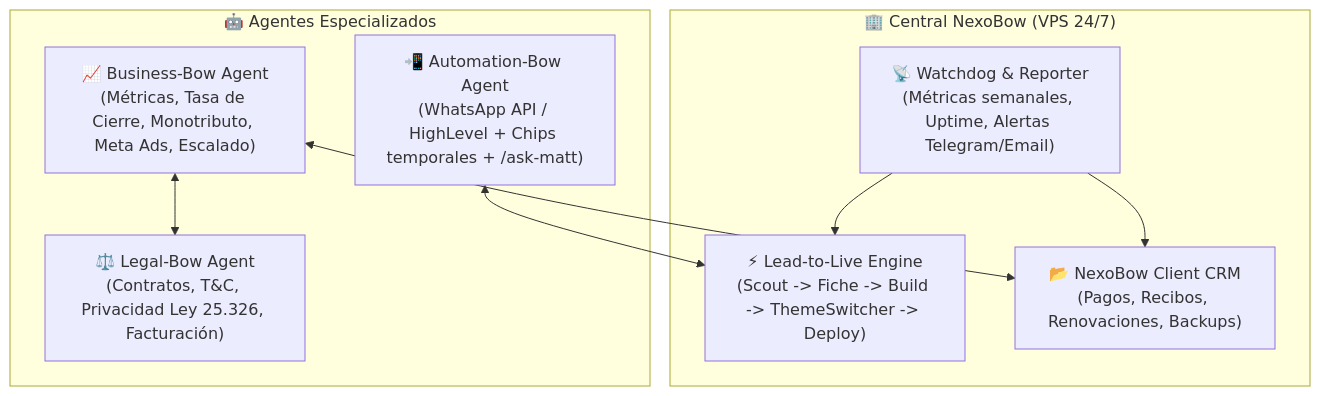
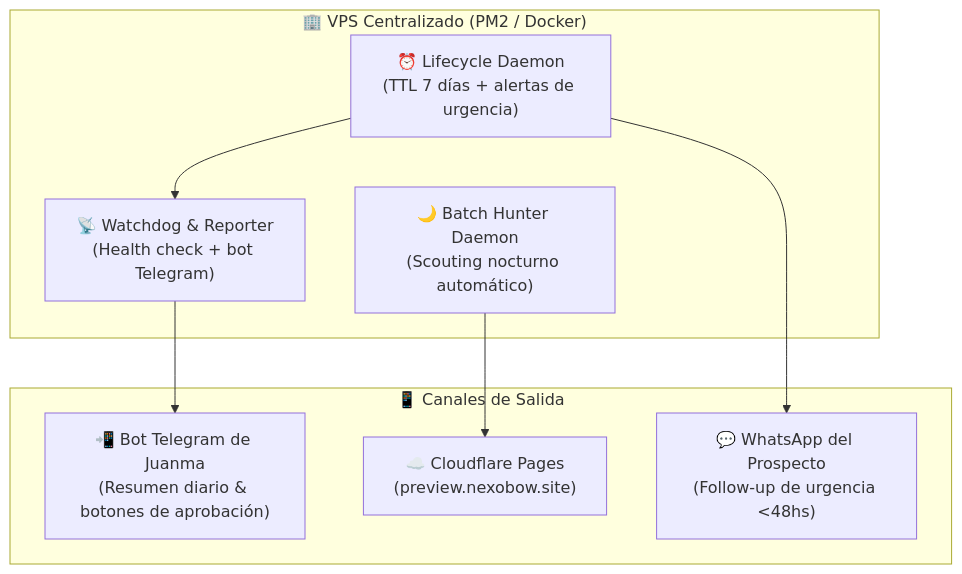
Before and after one commit to juanmamerodio/NexoBow: the second of 2 diagrams in ROUTEMAP.md, drawn with Mermaid. The commit also changed other lines of this file, not shown here.

Commit message:
docs(routemap): integrate senior engineering diagnostic, mcp strategy, and pragmatic 3-phase roadmap

````diff
--- a/ROUTEMAP.md
+++ b/ROUTEMAP.md
@@ -64,20 +161,19 @@
 ```mermaid
 flowchart TD
-    subgraph NucleoOperativo ["🏢 Central NexoBow (VPS 24/7)"]
-        LeadToLive["⚡ Lead-to-Live Engine<br/>(Scout -> Fiche -> Build -> ThemeSwitcher -> Deploy)"]
-        CRM["📂 NexoBow Client CRM<br/>(Pagos, Recibos, Renovaciones, Backups)"]
-        Watchdog["📡 Watchdog & Reporter<br/>(Métricas semanales, Uptime, Alertas Telegram/Email)"]
+    subgraph VPS247 ["🏢 VPS Centralizado (PM2 / Docker)"]
+        BatchHunter["🌙 Batch Hunter Daemon<br/>(Scouting nocturno automático)"]
+        LifecycleCron["⏰ Lifecycle Daemon<br/>(TTL 7 días + alertas de urgencia)"]
+        Watchdog["📡 Watchdog & Reporter<br/>(Health check + bot Telegram)"]
     end
 
-    subgraph AgentesEspecializados ["🤖 Agentes Especializados"]
-        BizAgent["📈 Business-Bow Agent<br/>(Métricas, Tasa de Cierre, Monotributo, Meta Ads, Escalado)"]
-        LegalAgent["⚖️ Legal-Bow Agent<br/>(Contratos, T&C, Privacidad Ley 25.326, Facturación)"]
-        AutoAgent["📲 Automation-Bow Agent<br/>(WhatsApp API / HighLevel + Chips temporales + /ask-matt)"]
+    subgraph CanalesExternos ["📱 Canales de Salida"]
+        Telegram["📲 Bot Telegram de Juanma<br/>(Resumen diario & botones de aprobación)"]
+        Cloudflare["☁️ Cloudflare Pages<br/>(preview.nexobow.site)"]
+        WhatsAppLead["💬 WhatsApp del Prospecto<br/>(Follow-up de urgencia <48hs)"]
     end
 
-    BizAgent <--> LegalAgent
-    BizAgent <--> CRM
-    AutoAgent <--> LeadToLive
-    Watchdog --> LeadToLive
-    Watchdog --> CRM
+    BatchHunter --> Cloudflare
+    LifecycleCron --> WhatsAppLead
+    LifecycleCron --> Watchdog
+    Watchdog --> Telegram
 ```
````
